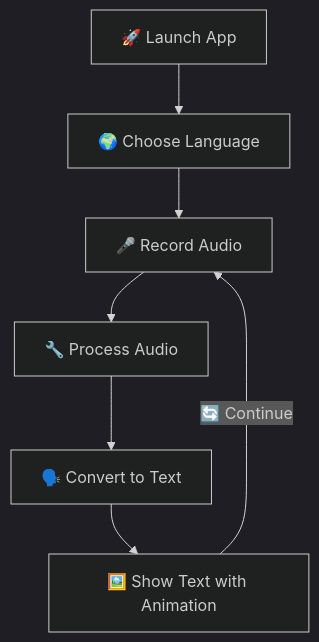
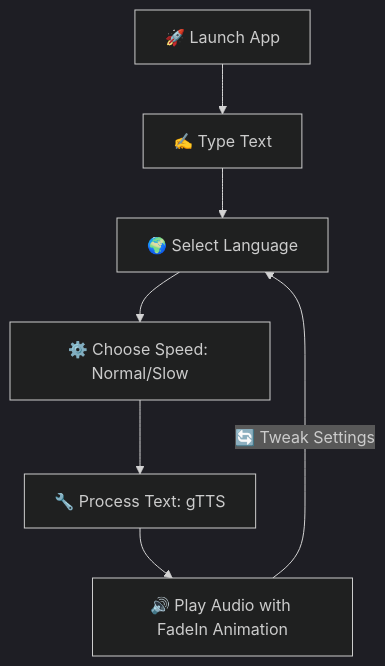
The fourth of 4 diagrams in README.md (Parham-Dehghan/ai-eyes-for-the-blind), drawn with Mermaid (dark theme) before and after one commit. The commit also changed other lines of this file, not shown here.

````diff
--- a/README.md
+++ b/README.md
@@ -156,9 +169,9 @@
 ```mermaid
-flowchart TD
-    Start[🚀 Launch App] --> Config[🌍 Choose Language]
-    Config --> Record[🎤 Record Audio]
-    Record --> Preprocess[🔧 Process Audio]
-    Preprocess --> ASR[🗣️ Convert to Text]
-    ASR --> Display[🖼️ Show Text with Animation]
-    Display -->|🔄 Continue| Record
+graph TD
+    A[🚀 Launch App] --> B[✍️ Type Text]
+    B --> C[🌍 Select Language]
+    C --> D[⚙️ Choose Speed: Normal/Slow]
+    D --> E[🔧 Process Text: gTTS]
+    E --> F[🔊 Play Audio with FadeIn Animation]
+    F -->|🔄 Tweak Settings| C
 ```
````
